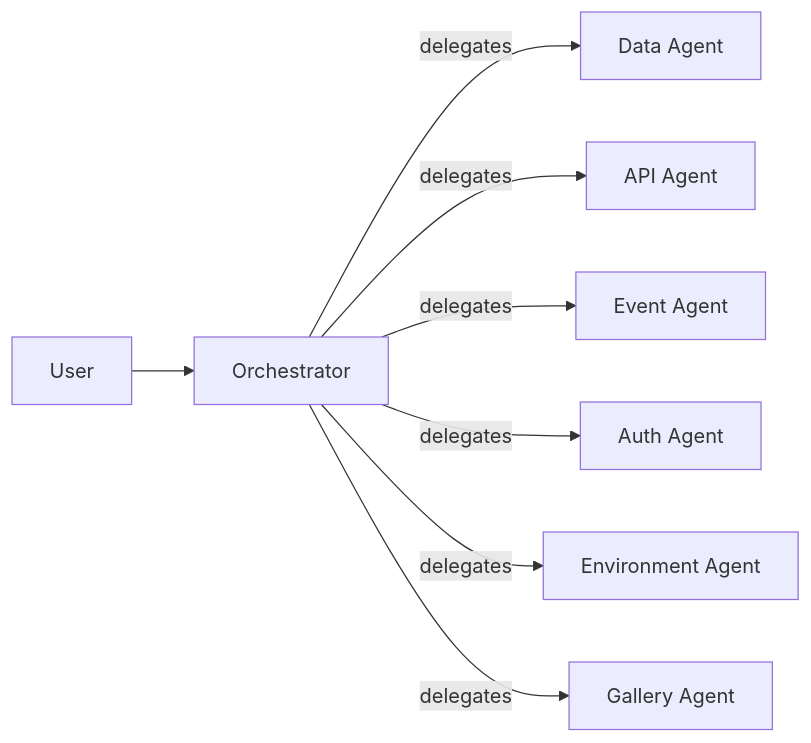
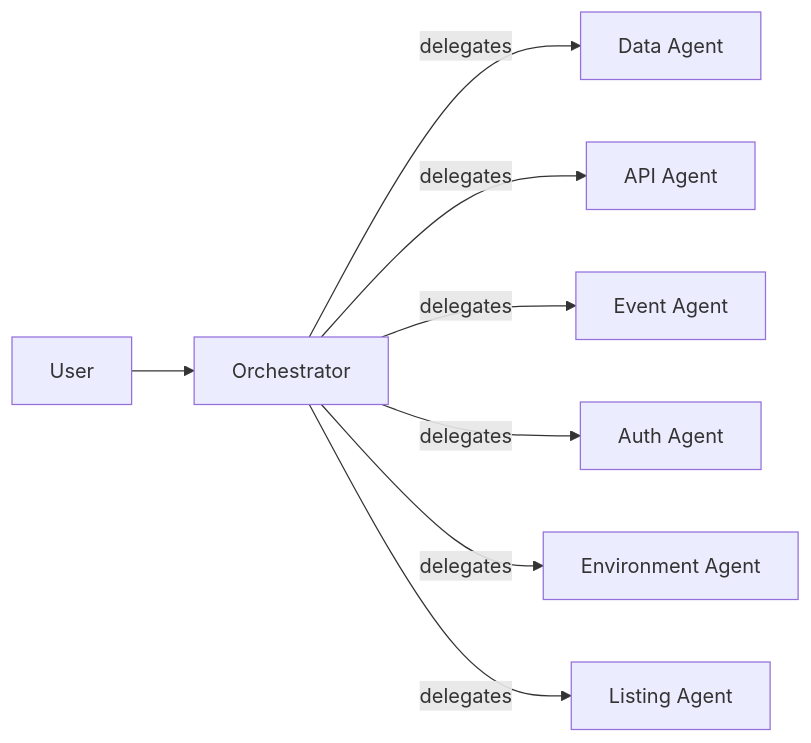
One commit to Flying-Pig-Labs/jungl3 changed the diagram in docs/architecture/agent-layer.md. Above: the diagram before and after it, drawn with Mermaid. The commit also changed other lines of this file and 12 other files, not shown here.

````diff
--- a/docs/architecture/agent-layer.md
+++ b/docs/architecture/agent-layer.md
@@ -18,10 +18,10 @@
 ```mermaid
 flowchart LR
   U[User] --> O[Orchestrator]
   O -->|delegates| D[Data Agent]
   O -->|delegates| A[API Agent]
   O -->|delegates| E[Event Agent]
   O -->|delegates| AU[Auth Agent]
   O -->|delegates| EN[Environment Agent]
-  O -->|delegates| M[Gallery Agent]
+  O -->|delegates| L[Listing Agent]
 ```
````
